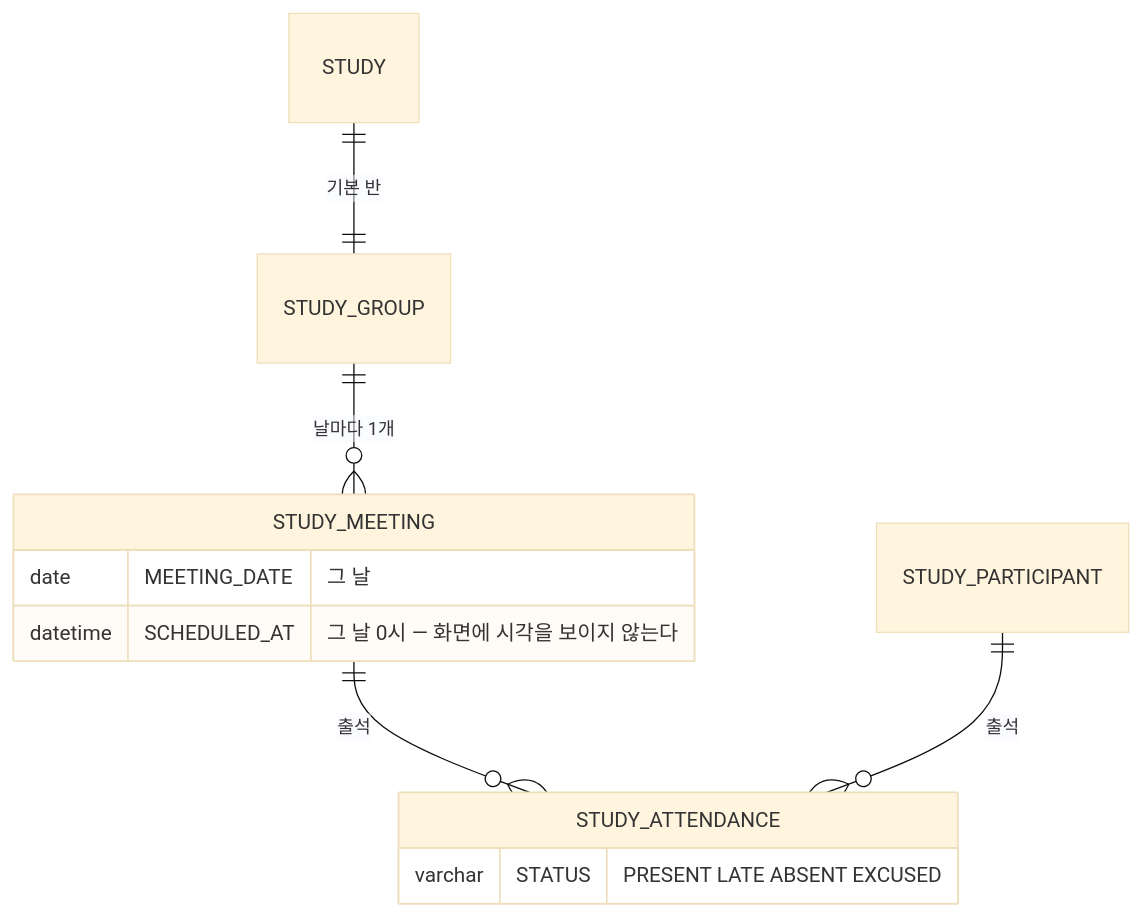
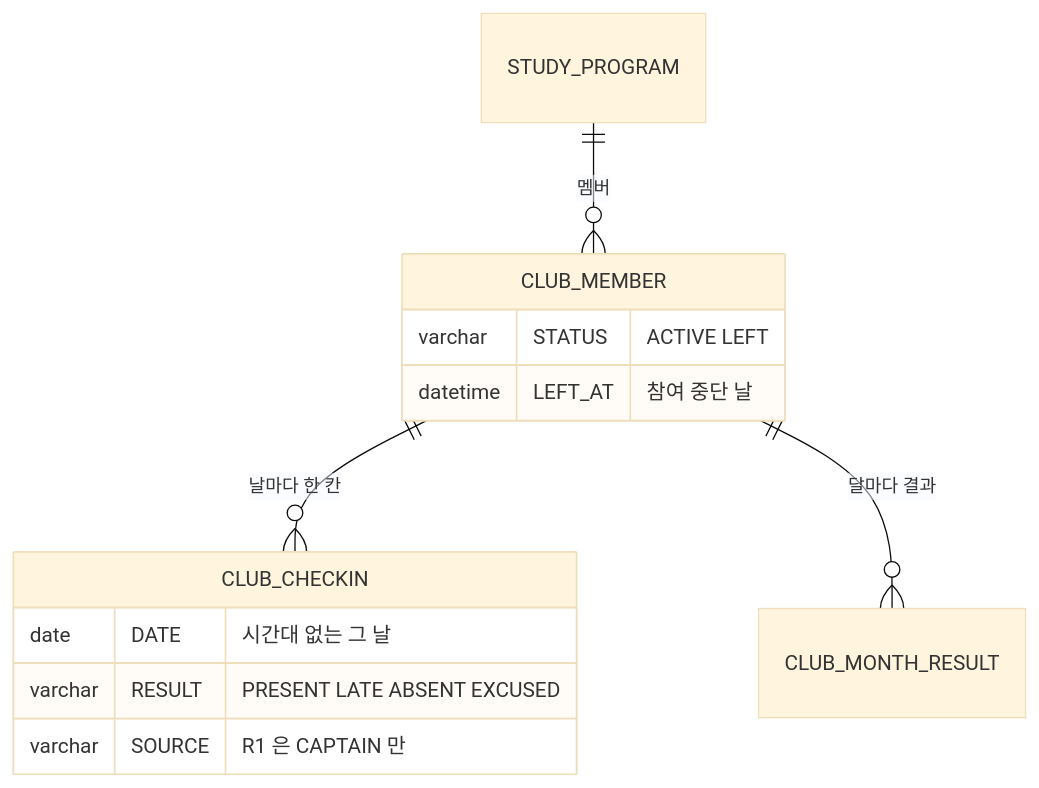
The second of 2 diagrams in 01-planning/stories/captain-club-monthly-attendance/PRD.md (StudyClub-PlusPlus/studyclub-engineering), drawn with Mermaid (base theme) before and after one commit. The commit also changed other lines of this file and 8 other files, not shown here.

````diff
--- a/01-planning/stories/captain-club-monthly-attendance/PRD.md
+++ b/01-planning/stories/captain-club-monthly-attendance/PRD.md
@@ -246,14 +246,15 @@
 ```mermaid
 erDiagram
-  STUDY ||--|| STUDY_GROUP : "기본 반"
-  STUDY_GROUP ||--o{ STUDY_MEETING : "날마다 1개"
-  STUDY_MEETING ||--o{ STUDY_ATTENDANCE : "출석"
-  STUDY_PARTICIPANT ||--o{ STUDY_ATTENDANCE : "출석"
-  STUDY_MEETING {
-    date MEETING_DATE "그 날"
-    datetime SCHEDULED_AT "그 날 0시 — 화면에 시각을 보이지 않는다"
+  STUDY_PROGRAM ||--o{ CLUB_MEMBER : "멤버"
+  CLUB_MEMBER ||--o{ CLUB_CHECKIN : "날마다 한 칸"
+  CLUB_MEMBER ||--o{ CLUB_MONTH_RESULT : "달마다 결과"
+  CLUB_MEMBER {
+    varchar STATUS "ACTIVE LEFT"
+    datetime LEFT_AT "참여 중단 날"
   }
-  STUDY_ATTENDANCE {
-    varchar STATUS "PRESENT LATE ABSENT EXCUSED"
+  CLUB_CHECKIN {
+    date DATE "시간대 없는 그 날"
+    varchar RESULT "PRESENT LATE ABSENT EXCUSED"
+    varchar SOURCE "R1 은 CAPTAIN 만"
   }
 ```
````
